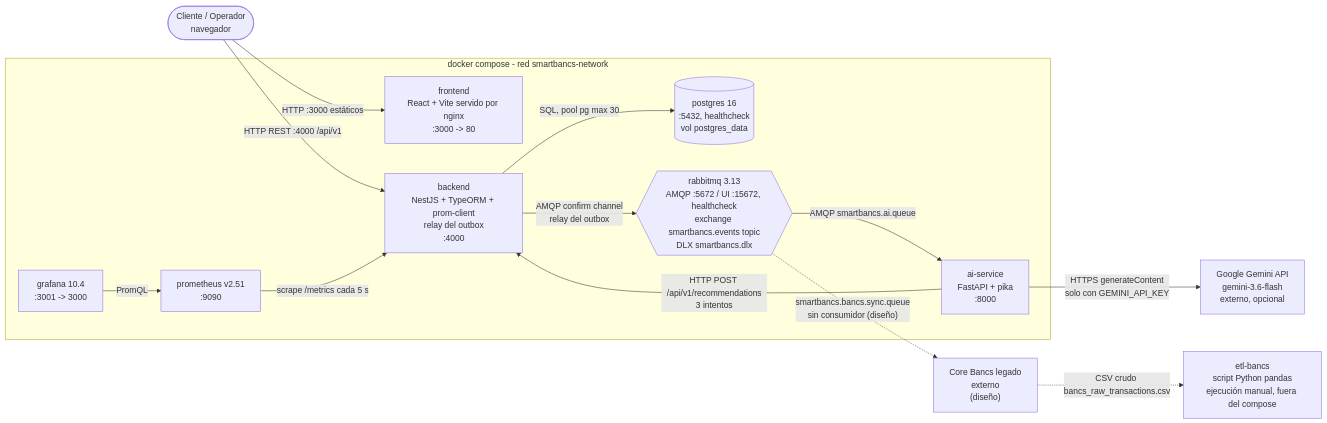
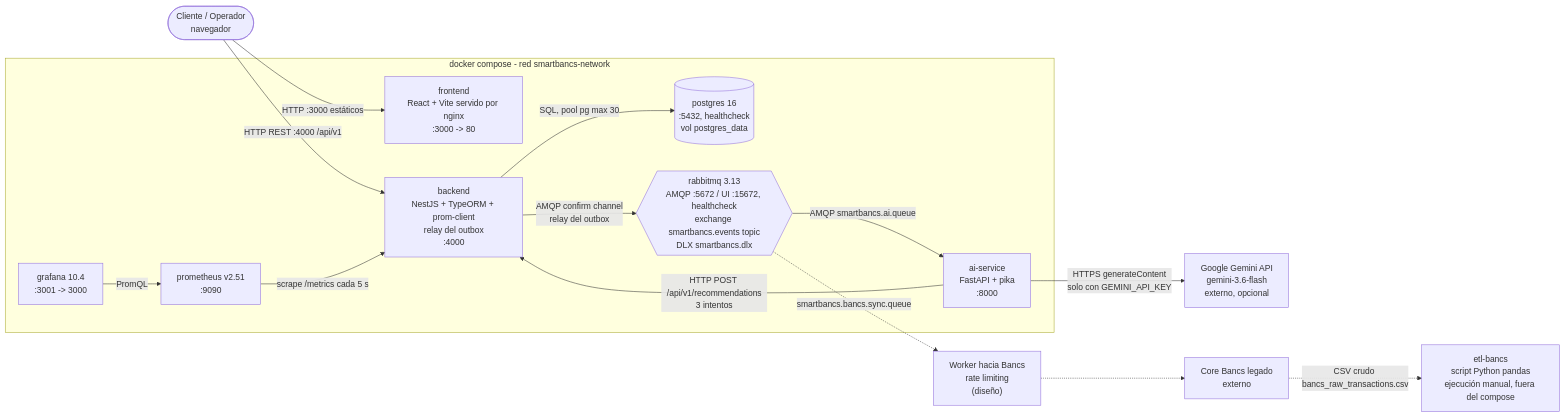
Before and after one commit to kjramos5310/NextGEN_Ramos: the first of 8 diagrams in docs/ARQUITECTURA_DIAGRAMAS.md, drawn with Mermaid. The commit also changed 1 other file, not shown here.

Commit message:
docs: diagrama de arquitectura del README mas claro
La SPA llama a la API, el worker hacia Bancs aparece como diseño en lugar de
una flecha directa desde RabbitMQ, y se muestra la salida del ETL.

````diff
--- a/docs/ARQUITECTURA_DIAGRAMAS.md
+++ b/docs/ARQUITECTURA_DIAGRAMAS.md
@@ -13,30 +13,32 @@
 ```mermaid
 flowchart LR
     user(["Cliente / Operador<br/>navegador"])
 
     subgraph compose["docker compose - red smartbancs-network"]
         fe["frontend<br/>React + Vite servido por nginx<br/>:3000 -> 80"]
         be["backend<br/>NestJS + TypeORM + prom-client<br/>relay del outbox<br/>:4000"]
         pg[("postgres 16<br/>:5432, healthcheck<br/>vol postgres_data")]
         mq{{"rabbitmq 3.13<br/>AMQP :5672 / UI :15672, healthcheck<br/>exchange smartbancs.events topic<br/>DLX smartbancs.dlx"}}
         ai["ai-service<br/>FastAPI + pika<br/>:8000"]
         prom["prometheus v2.51<br/>:9090"]
         graf["grafana 10.4<br/>:3001 -> 3000"]
     end
 
     etl["etl-bancs<br/>script Python pandas<br/>ejecución manual, fuera del compose"]
     gem["Google Gemini API<br/>gemini-3.6-flash<br/>externo, opcional"]
-    bancs["Core Bancs legado<br/>externo<br/>(diseño)"]
+    worker["Worker hacia Bancs<br/>rate limiting<br/>(diseño)"]
+    bancs["Core Bancs legado<br/>externo"]
 
     user -->|"HTTP :3000 estáticos"| fe
     user -->|"HTTP REST :4000 /api/v1"| be
     be -->|"SQL, pool pg max 30"| pg
     be -->|"AMQP confirm channel<br/>relay del outbox"| mq
     mq -->|"AMQP smartbancs.ai.queue"| ai
     ai -->|"HTTP POST /api/v1/recommendations<br/>3 intentos"| be
     ai -->|"HTTPS generateContent<br/>solo con GEMINI_API_KEY"| gem
     prom -->|"scrape /metrics cada 5 s"| be
     graf -->|"PromQL"| prom
-    mq -.->|"smartbancs.bancs.sync.queue<br/>sin consumidor (diseño)"| bancs
+    mq -.->|"smartbancs.bancs.sync.queue"| worker
+    worker -.-> bancs
     bancs -.->|"CSV crudo bancs_raw_transactions.csv"| etl
 ```
````
